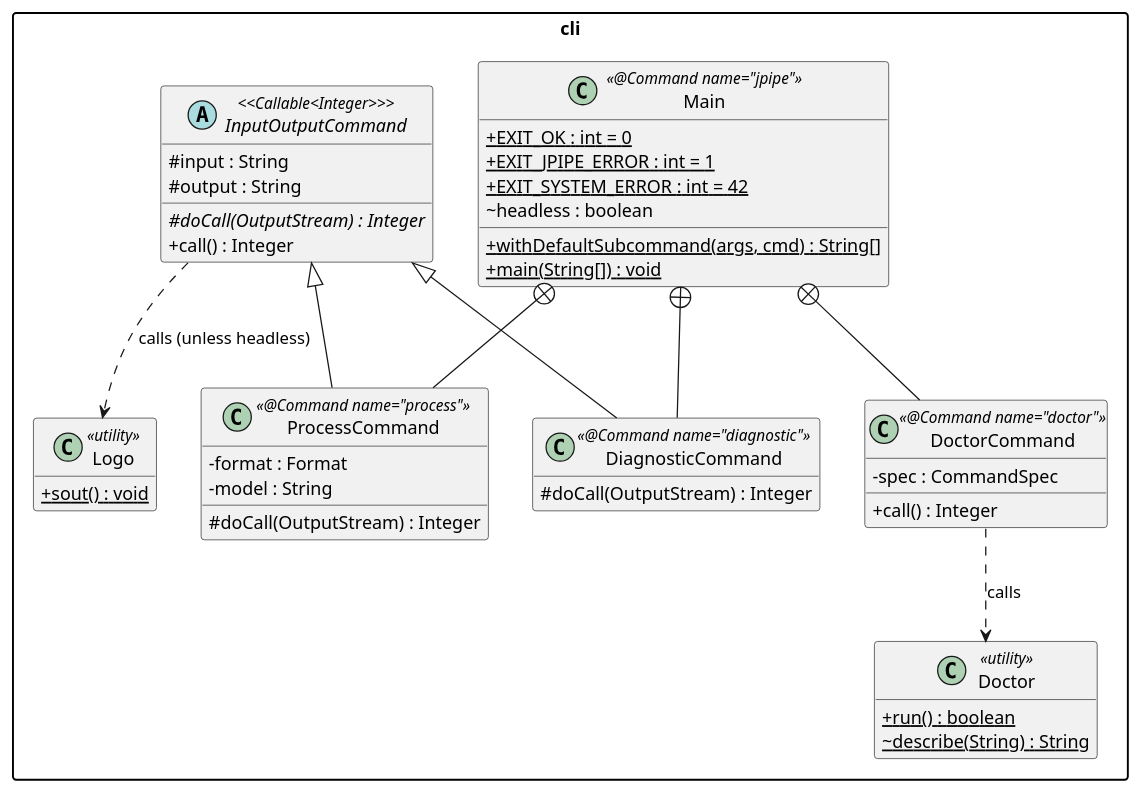
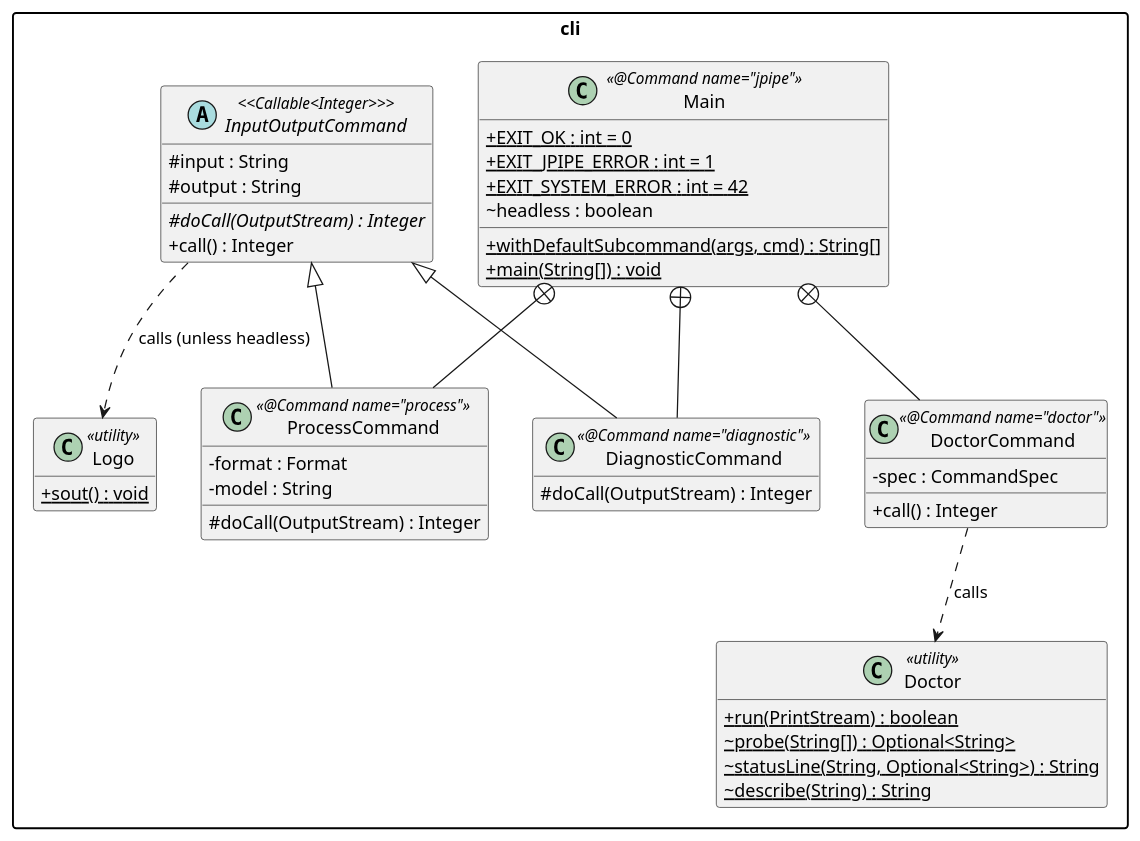
Before and after one commit to jpipe-mcscert/jpipe-compiler: the diagram in docs/design/cli.md, drawn with PlantUML. The commit also changed 3 other files, not shown here.

````diff
--- a/docs/design/cli.md
+++ b/docs/design/cli.md
@@ -8,62 +8,64 @@
 ```plantuml
 @startuml cli
 
 skinparam packageStyle rectangle
 skinparam classAttributeIconSize 0
 hide empty members
 
 package "cli" {
 
   class Main <<@Command name="jpipe">> {
     + {static} EXIT_OK : int = 0
     + {static} EXIT_JPIPE_ERROR : int = 1
     + {static} EXIT_SYSTEM_ERROR : int = 42
     ~ headless : boolean
     + {static} withDefaultSubcommand(args, cmd) : String[]
     + {static} main(String[]) : void
   }
 
   abstract class InputOutputCommand <<Callable<Integer>>> {
     # input : String
     # output : String
     # {abstract} doCall(OutputStream) : Integer
     + call() : Integer
   }
 
   class ProcessCommand <<@Command name="process">> {
     - format : Format
     - model : String
     # doCall(OutputStream) : Integer
   }
 
   class DiagnosticCommand <<@Command name="diagnostic">> {
     # doCall(OutputStream) : Integer
   }
 
   class DoctorCommand <<@Command name="doctor">> {
     - spec : CommandSpec
     + call() : Integer
   }
 
   class Doctor <<utility>> {
-    + {static} run() : boolean
+    + {static} run(PrintStream) : boolean
+    ~ {static} probe(String[]) : Optional<String>
+    ~ {static} statusLine(String, Optional<String>) : String
     ~ {static} describe(String) : String
   }
 
   class Logo <<utility>> {
     + {static} sout() : void
   }
 
   InputOutputCommand <|-- ProcessCommand
   InputOutputCommand <|-- DiagnosticCommand
 
   Main +-- ProcessCommand
   Main +-- DiagnosticCommand
   Main +-- DoctorCommand
 
   DoctorCommand ..> Doctor : calls
   InputOutputCommand ..> Logo : calls (unless headless)
 }
 
 @enduml
 ```
````
